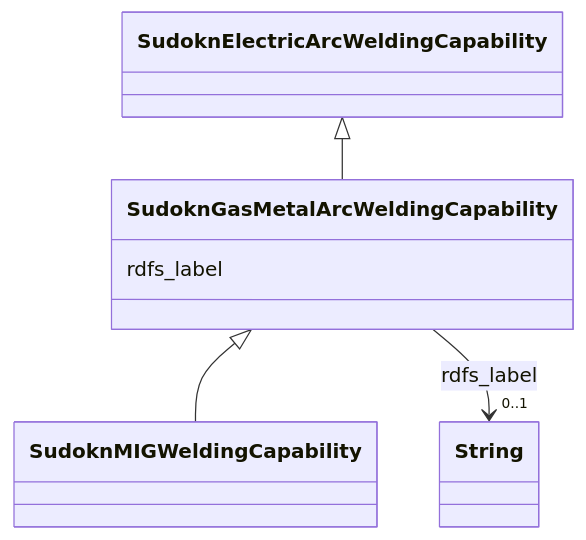
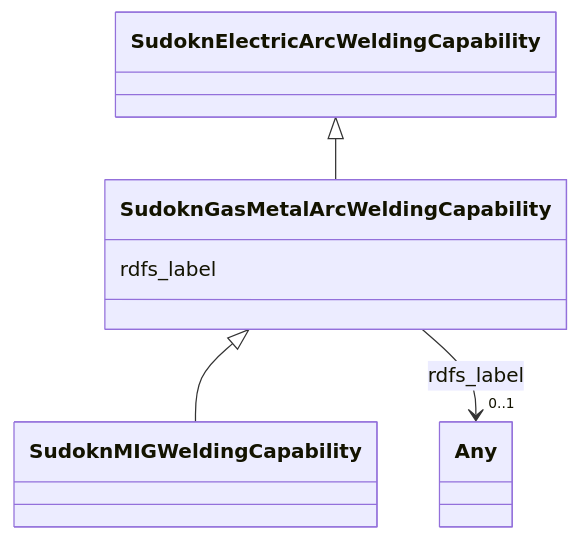
The diagram in sudokn-kg/classes/SudoknGasMetalArcWeldingCapability.md (frink-okn/graph-descriptions), drawn with Mermaid before and after one commit. The commit also changed other lines of this file and 903 other files, not shown here.

````diff
--- a/sudokn-kg/classes/SudoknGasMetalArcWeldingCapability.md
+++ b/sudokn-kg/classes/SudoknGasMetalArcWeldingCapability.md
@@ -23,23 +16,23 @@
 ```mermaid
  classDiagram
     class SudoknGasMetalArcWeldingCapability
     click SudoknGasMetalArcWeldingCapability href "../SudoknGasMetalArcWeldingCapability"
       SudoknElectricArcWeldingCapability <|-- SudoknGasMetalArcWeldingCapability
         click SudoknElectricArcWeldingCapability href "../SudoknElectricArcWeldingCapability"
       
 
       SudoknGasMetalArcWeldingCapability <|-- SudoknMIGWeldingCapability
         click SudoknMIGWeldingCapability href "../SudoknMIGWeldingCapability"
       
       
       SudoknGasMetalArcWeldingCapability : rdfs_label
         
           
     
     
-    SudoknGasMetalArcWeldingCapability --> "0..1" String : rdfs_label
-    click String href "../String"
+    SudoknGasMetalArcWeldingCapability --> "0..1" Any : rdfs_label
+    click Any href "../Any"
 
         
       
 ```
````
